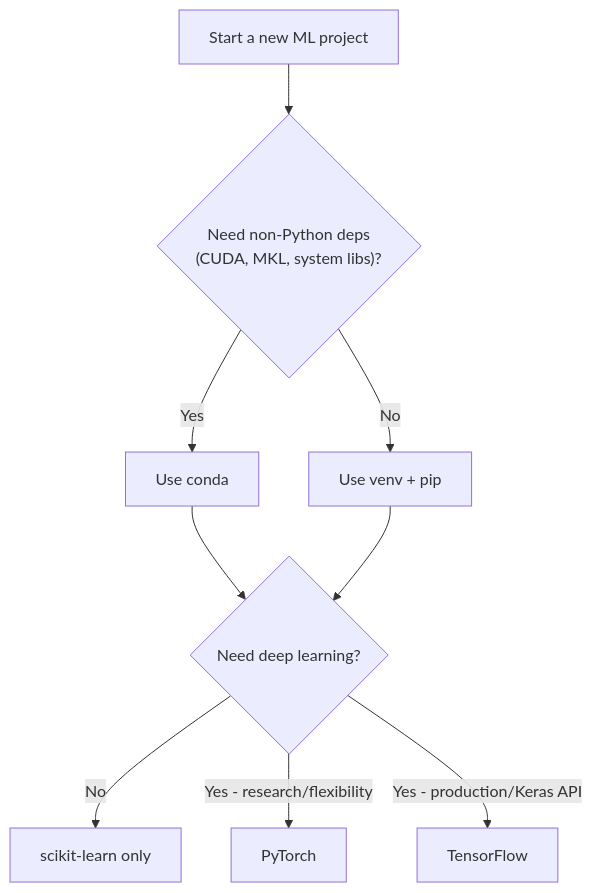
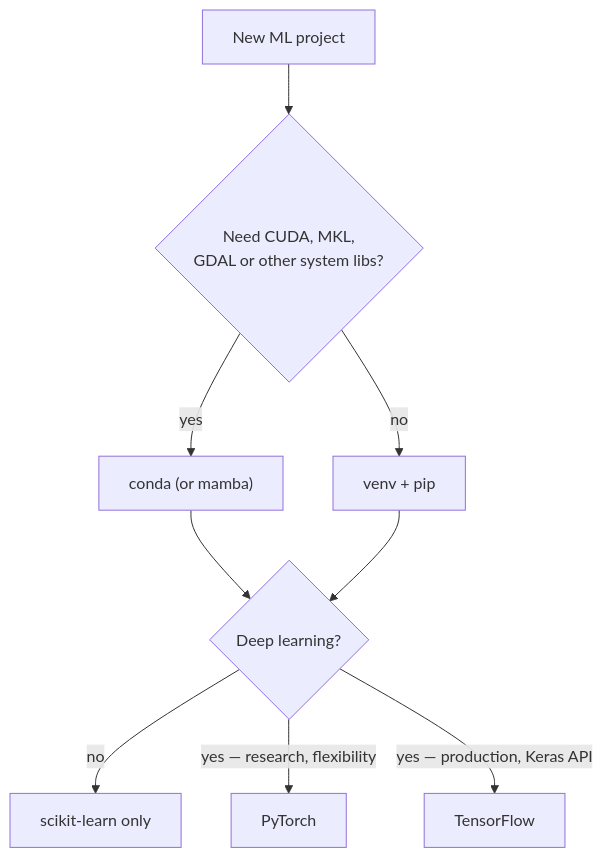
Before and after one commit to Ravikisha/PythonCentralHub: the second of 2 diagrams in src/content/docs/Machine Learning/Phase 01 - The ML Foundation/Setting up the ML Environment (Scikit-Learn, TensorFlow, PyTorch).mdx, drawn with Mermaid. The commit also changed other lines of this file and 1327 other files, not shown here.

````diff
--- a/src/content/docs/Machine Learning/Phase 01 - The ML Foundation/Setting up the ML Environment (Scikit-Learn, TensorFlow, PyTorch).mdx
+++ b/src/content/docs/Machine Learning/Phase 01 - The ML Foundation/Setting up the ML Environment (Scikit-Learn, TensorFlow, PyTorch).mdx
@@ -16,11 +65,11 @@
-```mermaid title="Choosing your ML environment" desc="A quick decision path for environment manager and deep learning framework."
+```mermaid
 flowchart TD
-  A["Start a new ML project"] --> B{"Need non-Python deps<br/>(CUDA, MKL, system libs)?"}
-  B -->|"Yes"| C["Use conda"]
-  B -->|"No"| D["Use venv + pip"]
-  C --> E{"Need deep learning?"}
+  A["New ML project"] --> B{"Need CUDA, MKL,<br/>GDAL or other system libs?"}
+  B -->|"yes"| C["conda (or mamba)"]
+  B -->|"no"| D["venv + pip"]
+  C --> E{"Deep learning?"}
   D --> E
-  E -->|"No"| F["scikit-learn only"]
-  E -->|"Yes - research/flexibility"| G["PyTorch"]
-  E -->|"Yes - production/Keras API"| H["TensorFlow"]
+  E -->|"no"| F["scikit-learn only"]
+  E -->|"yes — research, flexibility"| G["PyTorch"]
+  E -->|"yes — production, Keras API"| H["TensorFlow"]
 ```
````
